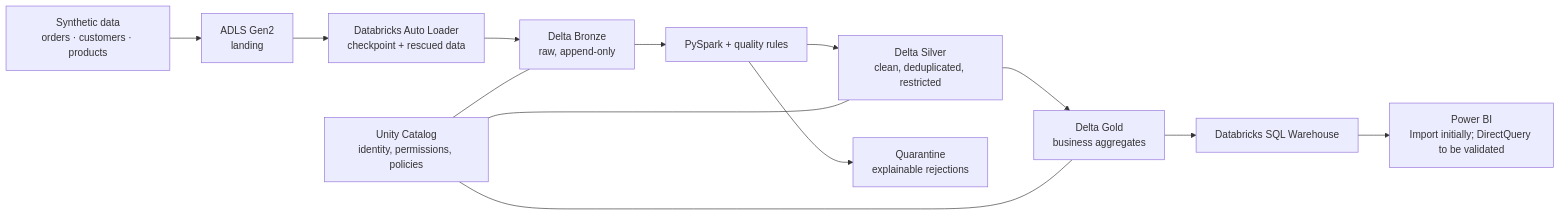
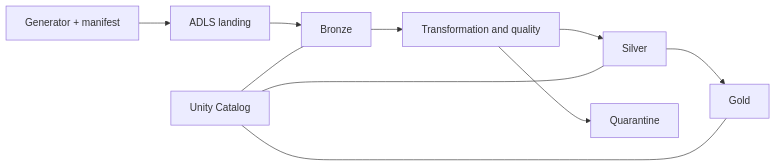
Before and after one commit to SalvillaT/tt-ecommerce: the diagram in README.en.md, drawn with Mermaid. The commit also changed other lines of this file and 1 other file, not shown here.

````diff
--- a/README.en.md
+++ b/README.en.md
@@ -59,15 +11,12 @@
 ```mermaid
 flowchart LR
-    S[Synthetic data\norders · customers · products] --> A[ADLS Gen2\nlanding]
-    A --> B[Databricks Auto Loader\ncheckpoint + rescued data]
-    B --> C[Delta Bronze\nraw, append-only]
-    C --> D[PySpark + quality rules]
-    D --> E[Delta Silver\nclean, deduplicated, restricted]
-    D --> Q[Quarantine\nexplainable rejections]
-    E --> G[Delta Gold\nbusiness aggregates]
-    G --> W[Databricks SQL Warehouse]
-    W --> P[Power BI\nImport initially; DirectQuery to be validated]
-    UC[Unity Catalog\nidentity, permissions, policies] --- C
-    UC --- E
-    UC --- G
+    G[Generator + manifest] --> L[ADLS landing]
+    L --> B[Bronze]
+    B --> T[Transformation and quality]
+    T --> S[Silver]
+    T --> Q[Quarantine]
+    S --> K[Gold]
+    U[Unity Catalog] --- B
+    U --- S
+    U --- K
 ```
````
